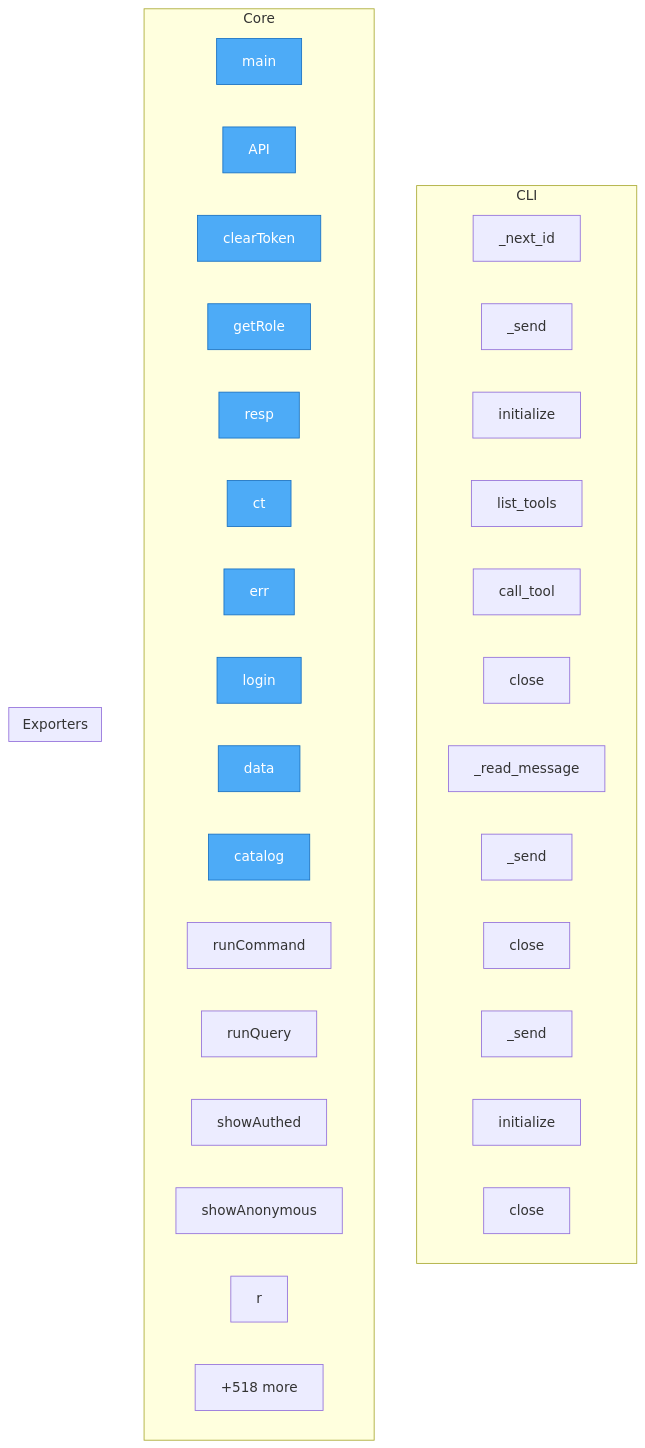
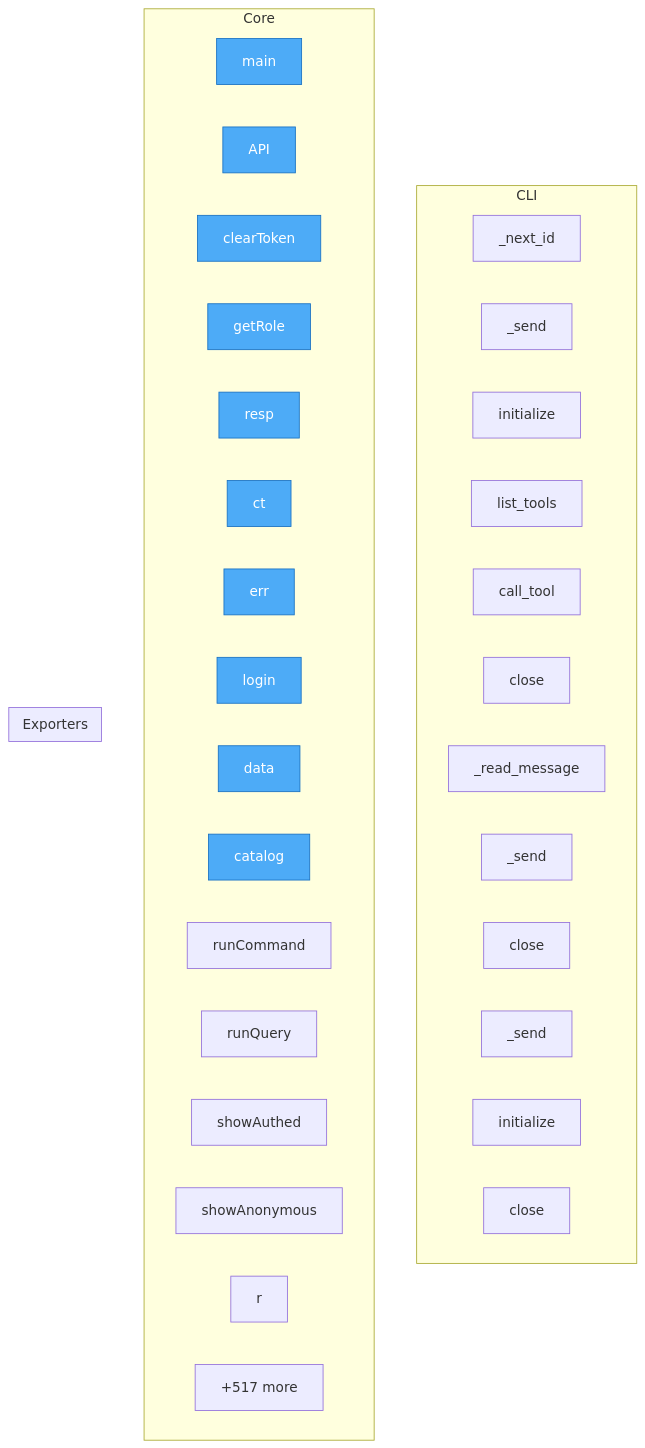
One commit to semcod/codot changed the diagram in project/flow.mmd. Above: the diagram before and after it, drawn with Mermaid. The commit also changed 39 other files, not shown here.

```diff
--- a/project/flow.mmd
+++ b/project/flow.mmd
@@ -1,43 +1,43 @@
 flowchart TD
 
     %% Entry points (blue)
     classDef entry fill:#4dabf7,stroke:#1971c2,color:#fff
 
     subgraph CLI
         api__mcp_client__MCPClient___next_id["_next_id"]
         api__mcp_client__MCPClient___send["_send"]
         api__mcp_client__MCPClient__initialize["initialize"]
         api__mcp_client__MCPClient__list_tools["list_tools"]
         api__mcp_client__MCPClient__call_tool["call_tool"]
         api__mcp_client__MCPClient__close["close"]
         api__mcp_client__MCPStdioClient___read_message["_read_message"]
         api__mcp_client__MCPStdioClient___send["_send"]
         api__mcp_client__MCPStdioClient__close["close"]
         api__mcp_client__MCPSseClient___send["_send"]
         api__mcp_client__MCPSseClient__initialize["initialize"]
         api__mcp_client__MCPSseClient__close["close"]
     end
 
     subgraph Core
         codot_run__main["main"]
         frontend__html__js__api__API["API"]
         frontend__html__js__api__clearToken["clearToken"]
         frontend__html__js__api__getRole["getRole"]
         frontend__html__js__api__resp["resp"]
         frontend__html__js__api__ct["ct"]
         frontend__html__js__api__err["err"]
         frontend__html__js__api__login["login"]
         frontend__html__js__api__data["data"]
         frontend__html__js__api__catalog["catalog"]
         frontend__html__js__api__runCommand["runCommand"]
         frontend__html__js__api__runQuery["runQuery"]
         frontend__html__js__app__showAuthed["showAuthed"]
         frontend__html__js__app__showAnonymous["showAnonymous"]
         frontend__html__js__app__r["r"]
-        ...["+518 more"]
+        ...["+517 more"]
     end
 
     subgraph Exporters
     end
 
     class codot_run__main,frontend__html__js__api__API,frontend__html__js__api__clearToken,frontend__html__js__api__getRole,frontend__html__js__api__resp,frontend__html__js__api__ct,frontend__html__js__api__err,frontend__html__js__api__login,frontend__html__js__api__data,frontend__html__js__api__catalog entry
```
